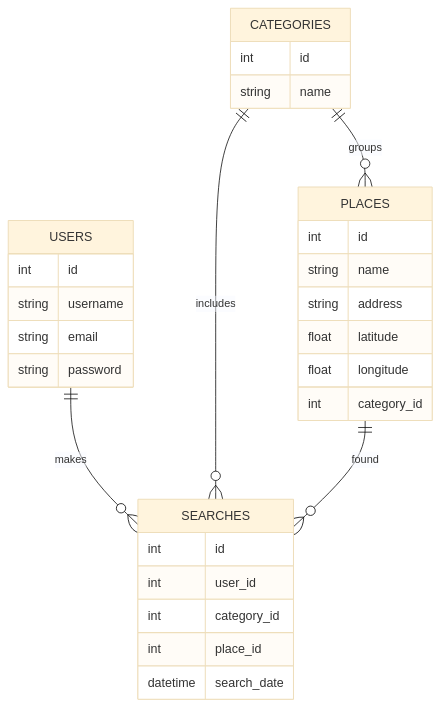
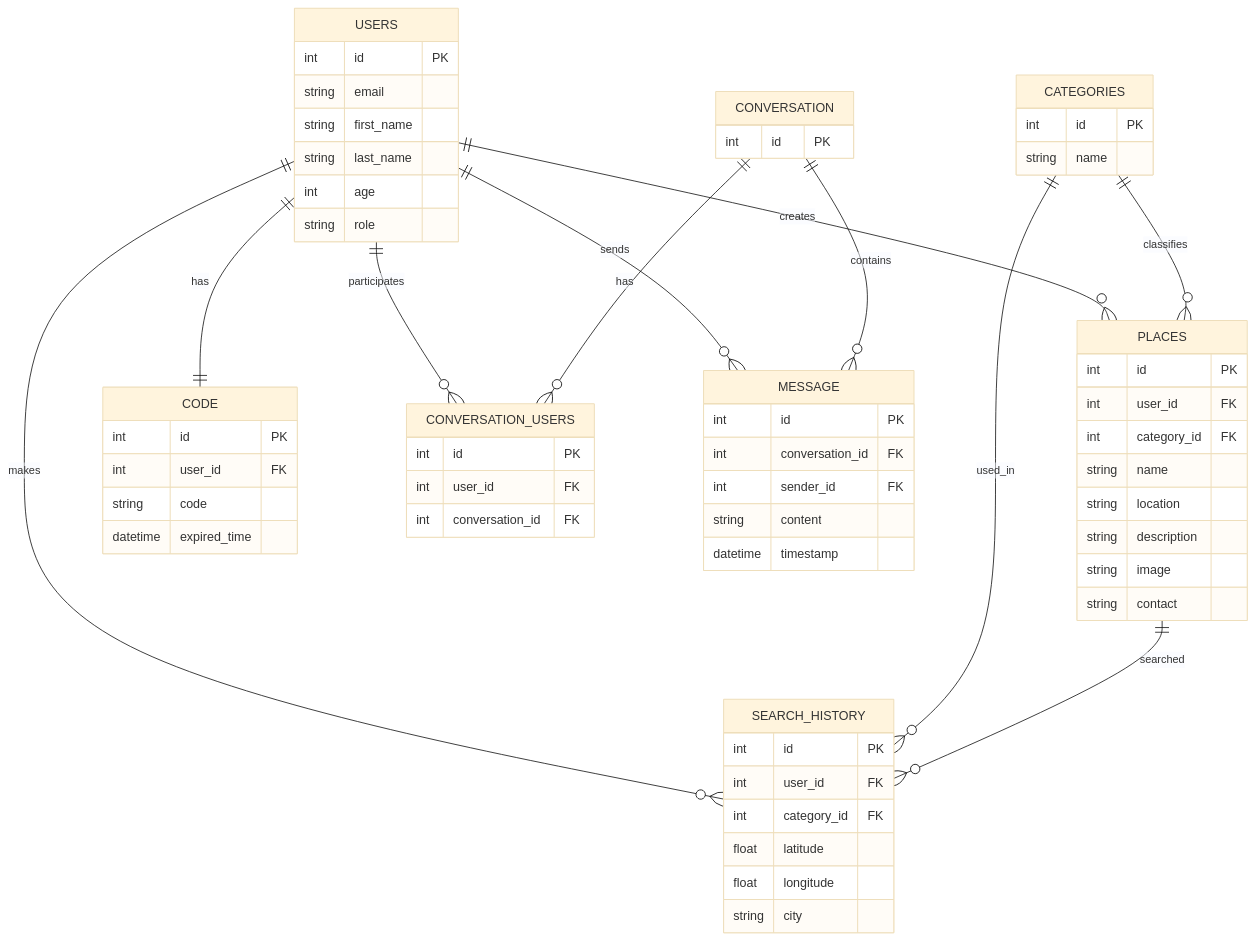
Before and after one commit to SHOXAKONG/Near: the diagram in SSRA.md, drawn with Mermaid (base theme). The commit also changed other lines of this file, not shown here.

Commit message:
Created docs for Near Project

````diff
--- a/SSRA.md
+++ b/SSRA.md
@@ -117,33 +96,76 @@
 ```mermaid
 erDiagram
     USERS {
-        int id
-        string username
+        int id PK
         string email
-        string password
+        string first_name
+        string last_name
+        int age
+        string role
     }
+    
+    PLACES {
+        int id PK
+        int user_id FK
+        int category_id FK
+        string name
+        string location
+        string description
+        string image
+        string contact
+    }
+
     CATEGORIES {
-        int id
+        int id PK
         string name
     }
-    PLACES {
-        int id
-        string name
-        string address
+
+    SEARCH_HISTORY {
+        int id PK
+        int user_id FK
+        int category_id FK
         float latitude
         float longitude
-        int category_id
-    }
-    SEARCHES {
-        int id
-        int user_id
-        int category_id
-        int place_id
-        datetime search_date
+        string city
     }
 
-    USERS ||--o{ SEARCHES : makes
-    CATEGORIES ||--o{ SEARCHES : includes
-    PLACES ||--o{ SEARCHES : found
-    CATEGORIES ||--o{ PLACES : groups
+    CODE {
+        int id PK
+        int user_id FK
+        string code
+        datetime expired_time
+    }
+
+    CONVERSATION {
+        int id PK
+    }
+
+    CONVERSATION_USERS {
+        int id PK
+        int user_id FK
+        int conversation_id FK
+    }
+
+    MESSAGE {
+        int id PK
+        int conversation_id FK
+        int sender_id FK
+        string content
+        datetime timestamp
+    }
+
+    %% Relationships
+    USERS ||--o{ PLACES : "creates"
+    USERS ||--o{ SEARCH_HISTORY : "makes"
+    USERS ||--|| CODE : "has"
+    USERS ||--o{ CONVERSATION_USERS : "participates"
+    USERS ||--o{ MESSAGE : "sends"
+
+    CATEGORIES ||--o{ PLACES : "classifies"
+    CATEGORIES ||--o{ SEARCH_HISTORY : "used_in"
+
+    PLACES ||--o{ SEARCH_HISTORY : "searched"
+
+    CONVERSATION ||--o{ CONVERSATION_USERS : "has"
+    CONVERSATION ||--o{ MESSAGE : "contains"
 ```
````
